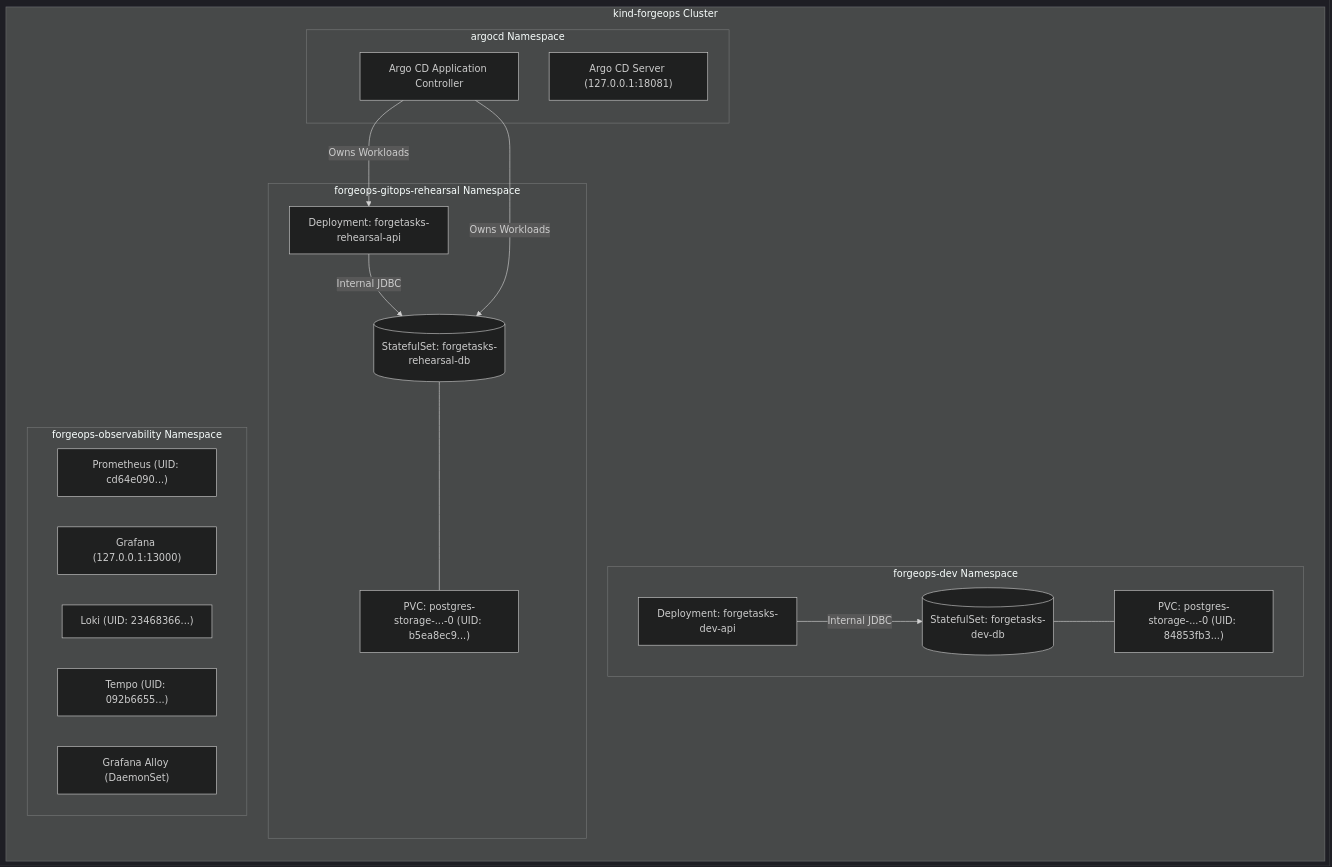
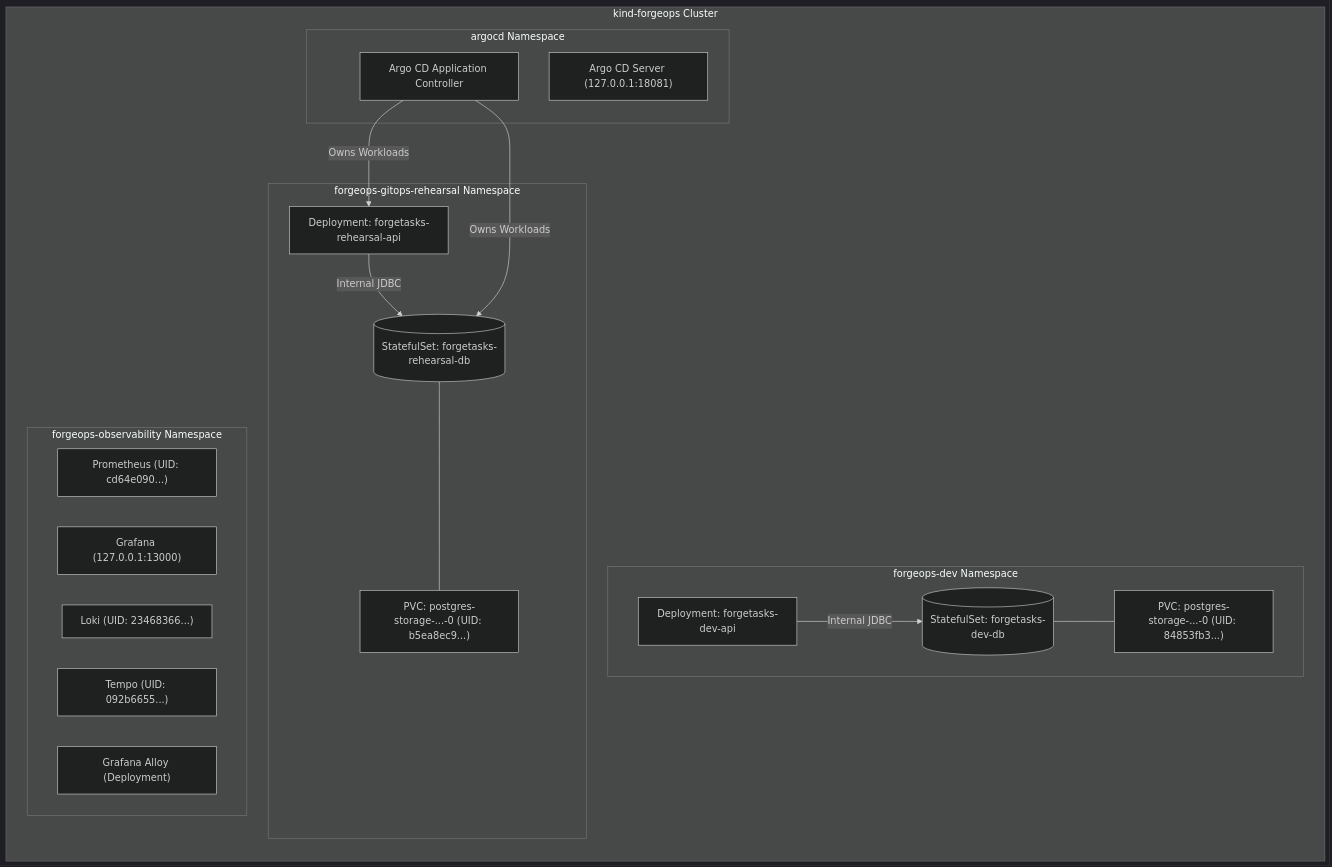
Before and after one commit to TM-threemavithana/ForgeOps: the third of 7 diagrams in docs/architecture/ARCHITECTURE_DIAGRAMS.md, drawn with Mermaid (dark theme). The commit also changed other lines of this file and 11 other files, not shown here.

Commit message:
docs(audit): reconcile component versions, service names, observability flow, and SRE/DR metrics

````diff
--- a/docs/architecture/ARCHITECTURE_DIAGRAMS.md
+++ b/docs/architecture/ARCHITECTURE_DIAGRAMS.md
@@ -134,35 +135,35 @@
 ```mermaid
 flowchart LR
     subgraph Cluster["kind-forgeops Cluster"]
         subgraph Dev["forgeops-dev Namespace"]
             D1["Deployment: forgetasks-dev-api"]
             D2[("StatefulSet: forgetasks-dev-db")]
             D3["PVC: postgres-storage-...-0 (UID: 84853fb3...)"]
             D2 --- D3
             D1 -->|Internal JDBC| D2
         end
 
         subgraph Rehearsal["forgeops-gitops-rehearsal Namespace"]
             R1["Deployment: forgetasks-rehearsal-api"]
             R2[("StatefulSet: forgetasks-rehearsal-db")]
             R3["PVC: postgres-storage-...-0 (UID: b5ea8ec9...)"]
             R2 --- R3
             R1 -->|Internal JDBC| R2
         end
 
         subgraph GitOps["argocd Namespace"]
             A1["Argo CD Server (127.0.0.1:18081)"]
             A2["Argo CD Application Controller"]
             A2 -->|Owns Workloads| R1
             A2 -->|Owns Workloads| R2
         end
 
         subgraph Obs["forgeops-observability Namespace"]
             O1["Prometheus (UID: cd64e090...)"]
             O2["Grafana (127.0.0.1:13000)"]
             O3["Loki (UID: 23468366...)"]
             O4["Tempo (UID: 092b6655...)"]
-            O5["Grafana Alloy (DaemonSet)"]
+            O5["Grafana Alloy (Deployment)"]
         end
     end
 ```
````
